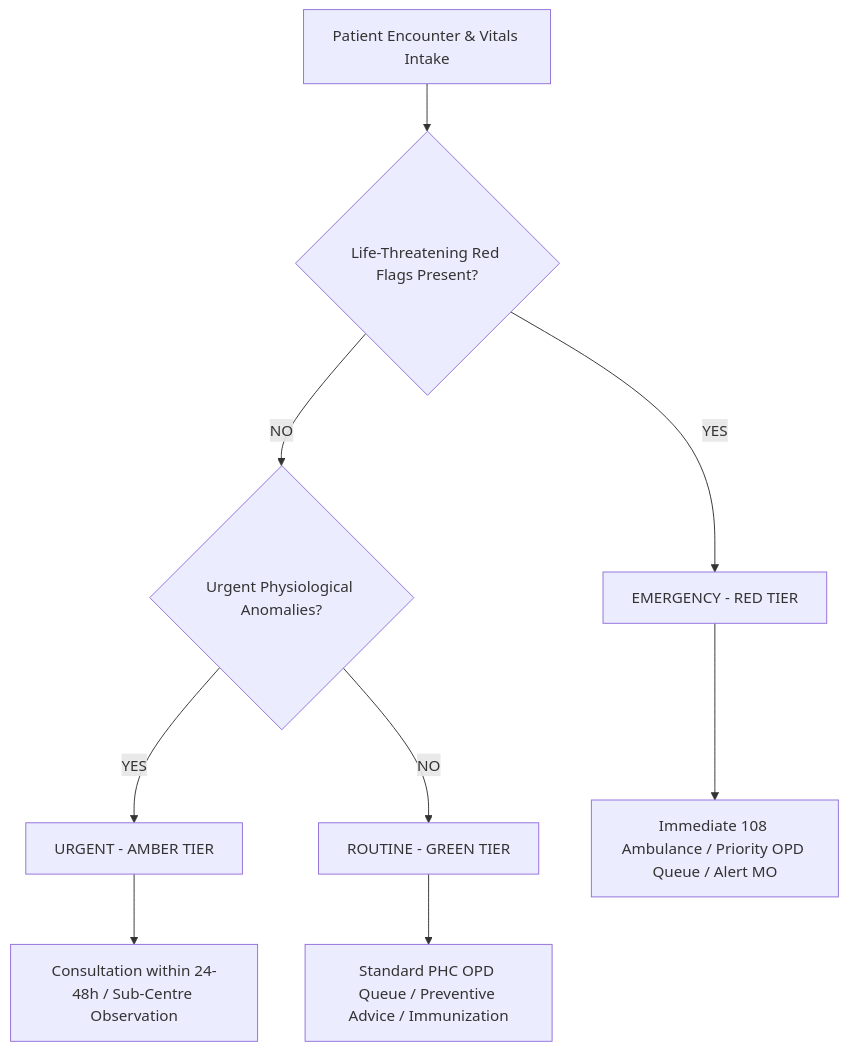
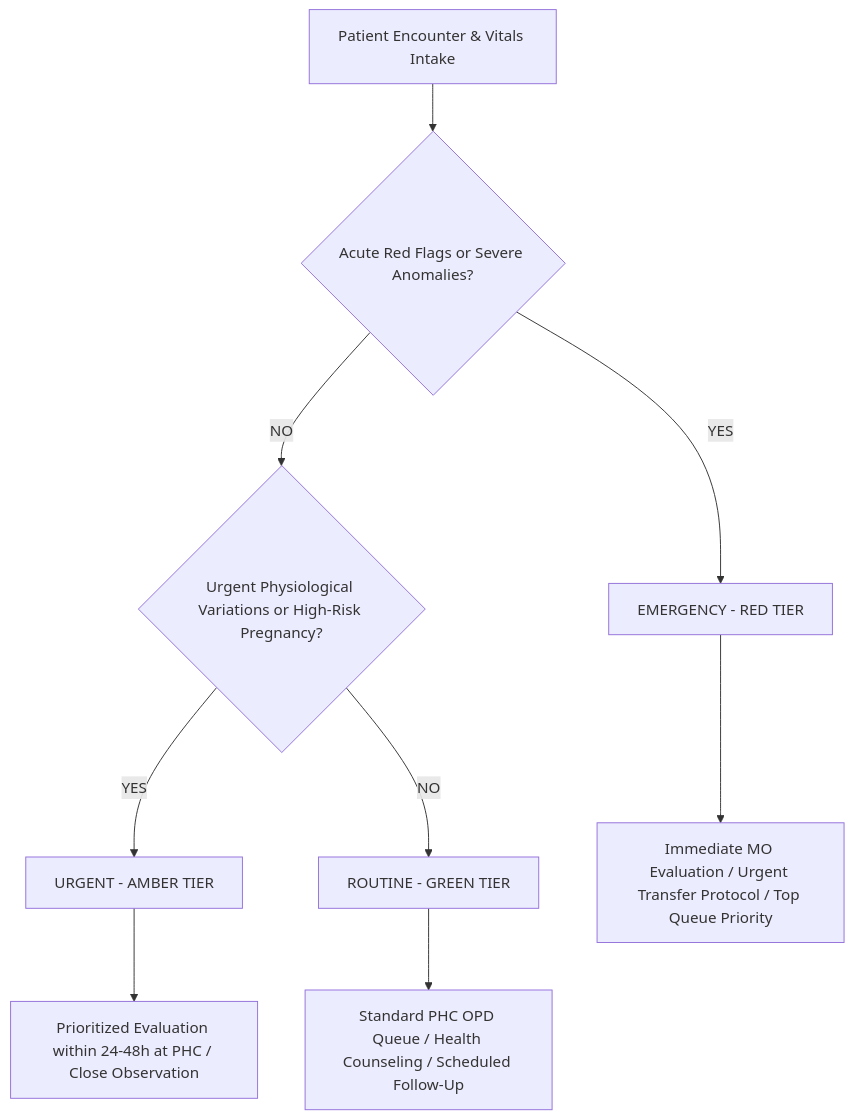
Before and after one commit to Ayushbagga/CAREGRID: the diagram in docs/AI_TRIAGE_POLICY.md, drawn with Mermaid. The commit also changed other lines of this file and 10 other files, not shown here.

Commit message:
docs: revise architecture and roadmap to strictly prioritize SIH26133 11 core MVP deliverables

````diff
--- a/docs/AI_TRIAGE_POLICY.md
+++ b/docs/AI_TRIAGE_POLICY.md
@@ -24,12 +24,12 @@
 ```mermaid
 graph TD
-    A[Patient Encounter & Vitals Intake] --> B{Life-Threatening Red Flags Present?}
+    A[Patient Encounter & Vitals Intake] --> B{Acute Red Flags or Severe Anomalies?}
     B -- YES --> C[EMERGENCY - RED TIER]
-    B -- NO --> D{Urgent Physiological Anomalies?}
+    B -- NO --> D{Urgent Physiological Variations or High-Risk Pregnancy?}
     D -- YES --> E[URGENT - AMBER TIER]
     D -- NO --> F[ROUTINE - GREEN TIER]
 
-    C --> C1[Immediate 108 Ambulance / Priority OPD Queue / Alert MO]
-    E --> E1[Consultation within 24-48h / Sub-Centre Observation]
-    F --> F1[Standard PHC OPD Queue / Preventive Advice / Immunization]
+    C --> C1[Immediate MO Evaluation / Urgent Transfer Protocol / Top Queue Priority]
+    E --> E1[Prioritized Evaluation within 24-48h at PHC / Close Observation]
+    F --> F1[Standard PHC OPD Queue / Health Counseling / Scheduled Follow-Up]
 ```
````
